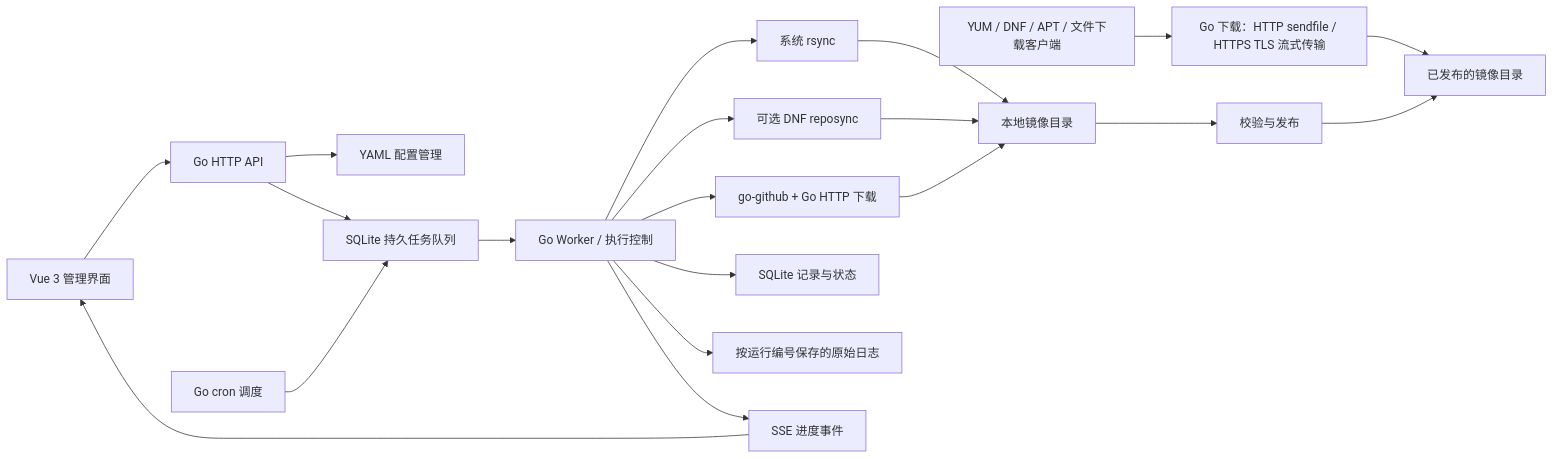
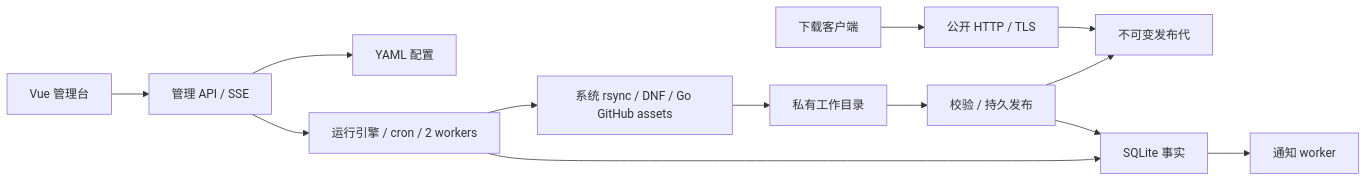
Before and after one commit to jiazixin/mirrordock: the diagram in docs/DESIGN.md, drawn with Mermaid. The commit also changed other lines of this file and 81 other files, not shown here.

````diff
--- a/docs/DESIGN.md
+++ b/docs/DESIGN.md
@@ -19,22 +9,15 @@
 ```mermaid
 flowchart LR
-    CLIENT[YUM / DNF / APT / 文件下载客户端] --> DL[Go 下载：HTTP sendfile / HTTPS TLS 流式传输]
-    DL --> PUB[已发布的镜像目录]
-    UI[Vue 3 管理界面] --> API[Go HTTP API]
-    API --> CFG[YAML 配置管理]
-    API --> Q[SQLite 持久任务队列]
-    CRON[Go cron 调度] --> Q
-    Q --> WORK[Go Worker / 执行控制]
-    WORK --> R[系统 rsync]
-    WORK --> D[可选 DNF reposync]
-    WORK --> G[go-github + Go HTTP 下载]
-    R --> FILES[本地镜像目录]
-    D --> FILES
-    G --> FILES
-    FILES --> PUBLISH[校验与发布]
-    PUBLISH --> PUB
-    WORK --> DB[SQLite 记录与状态]
-    WORK --> LOG[按运行编号保存的原始日志]
-    WORK --> SSE[SSE 进度事件]
-    SSE --> UI
+    UI[Vue 管理台] --> API[管理 API / SSE]
+    API --> CFG[YAML 配置]
+    API --> RUN[运行引擎 / cron / 2 workers]
+    RUN --> EXEC[系统 rsync / DNF / Go GitHub assets]
+    EXEC --> WORK[私有工作目录]
+    WORK --> VALID[校验 / 持久发布]
+    VALID --> PUB[不可变发布代]
+    CLIENT[下载客户端] --> HTTP[公开 HTTP / TLS]
+    HTTP --> PUB
+    RUN --> DB[SQLite 事实]
+    VALID --> DB
+    DB --> NOTIFY[通知 worker]
 ```
````
